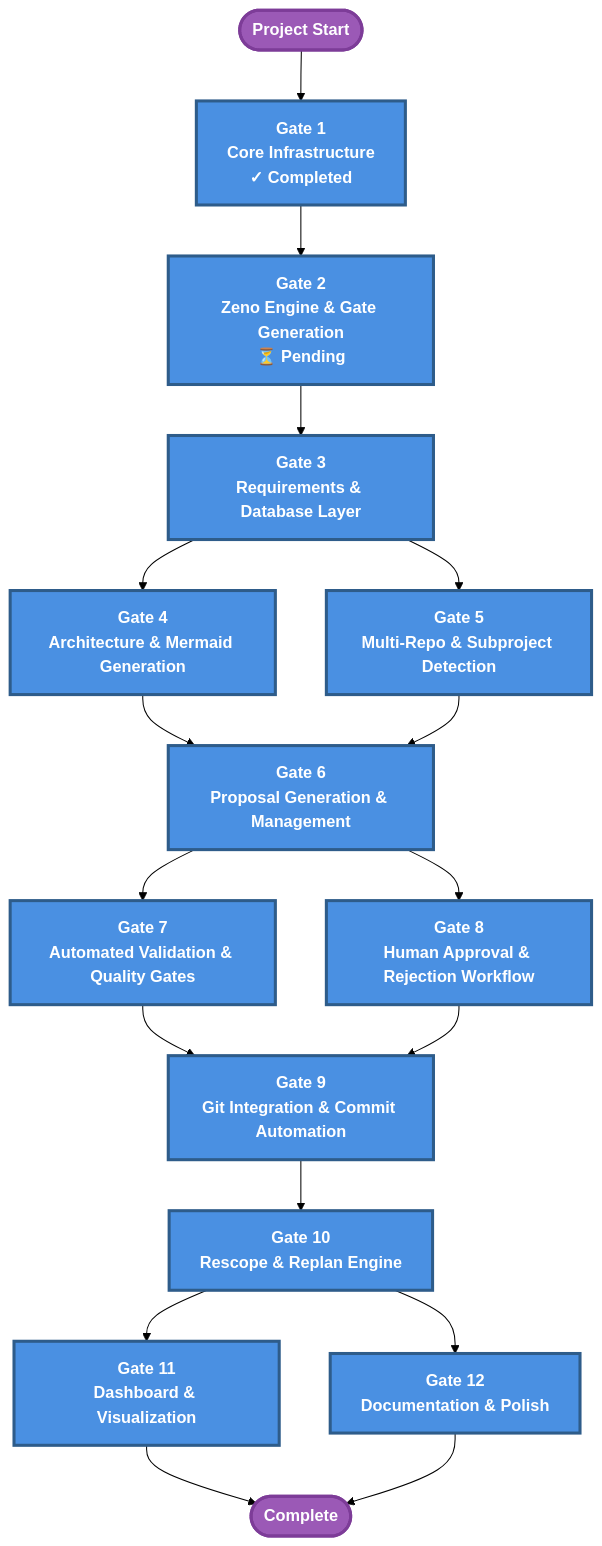
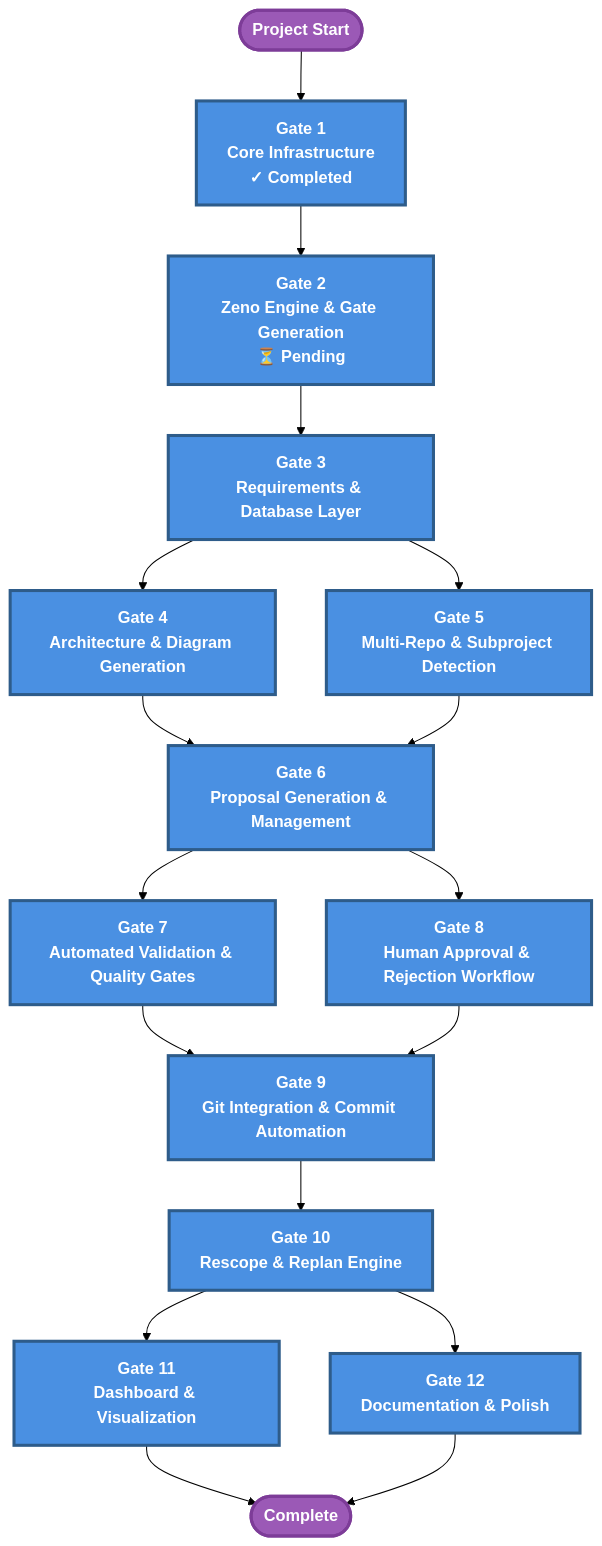
Before and after one commit to Duccci/Zenos-Planner: the diagram in zeno/architecture/gate-roadmap.md, drawn with Mermaid (forest theme). The commit also changed other lines of this file and 51 other files, not shown here.

First line of the commit message:
feat: Implement code metrics and dependency graph

````diff
--- a/zeno/architecture/gate-roadmap.md
+++ b/zeno/architecture/gate-roadmap.md
@@ -13,35 +13,35 @@
 ```mermaid
 graph TB
     Start([Project Start]) --> G1[Gate 1<br/>Core Infrastructure<br/>✓ Completed]
     
     G1 --> G2[Gate 2<br/>Zeno Engine & Gate Generation<br/>⏳ Pending]
     
     G2 --> G3[Gate 3<br/>Requirements & Database Layer]
     
-    G3 --> G4[Gate 4<br/>Architecture & Mermaid Generation]
+    G3 --> G4[Gate 4<br/>Architecture & Diagram Generation]
     G3 --> G5[Gate 5<br/>Multi-Repo & Subproject Detection]
     
     G4 --> G6[Gate 6<br/>Proposal Generation & Management]
     G5 --> G6
     
     G6 --> G7[Gate 7<br/>Automated Validation & Quality Gates]
     G6 --> G8[Gate 8<br/>Human Approval & Rejection Workflow]
     
     G7 --> G9[Gate 9<br/>Git Integration & Commit Automation]
     G8 --> G9
     
     G9 --> G10[Gate 10<br/>Rescope & Replan Engine]
     
     G10 --> G11[Gate 11<br/>Dashboard & Visualization]
     G10 --> G12[Gate 12<br/>Documentation & Polish]
     
     G11 --> End([Complete])
     G12 --> End
     
     %% Styling
     classDef gateStyle fill:#4A90E2,stroke:#2E5C8A,stroke-width:3px,color:#fff,font-weight:bold
     classDef startEndStyle fill:#9B59B6,stroke:#7D3C98,stroke-width:3px,color:#fff,font-weight:bold
     
     class G1,G2,G3,G4,G5,G6,G7,G8,G9,G10,G11,G12 gateStyle
     class Start,End startEndStyle
 ```
````
